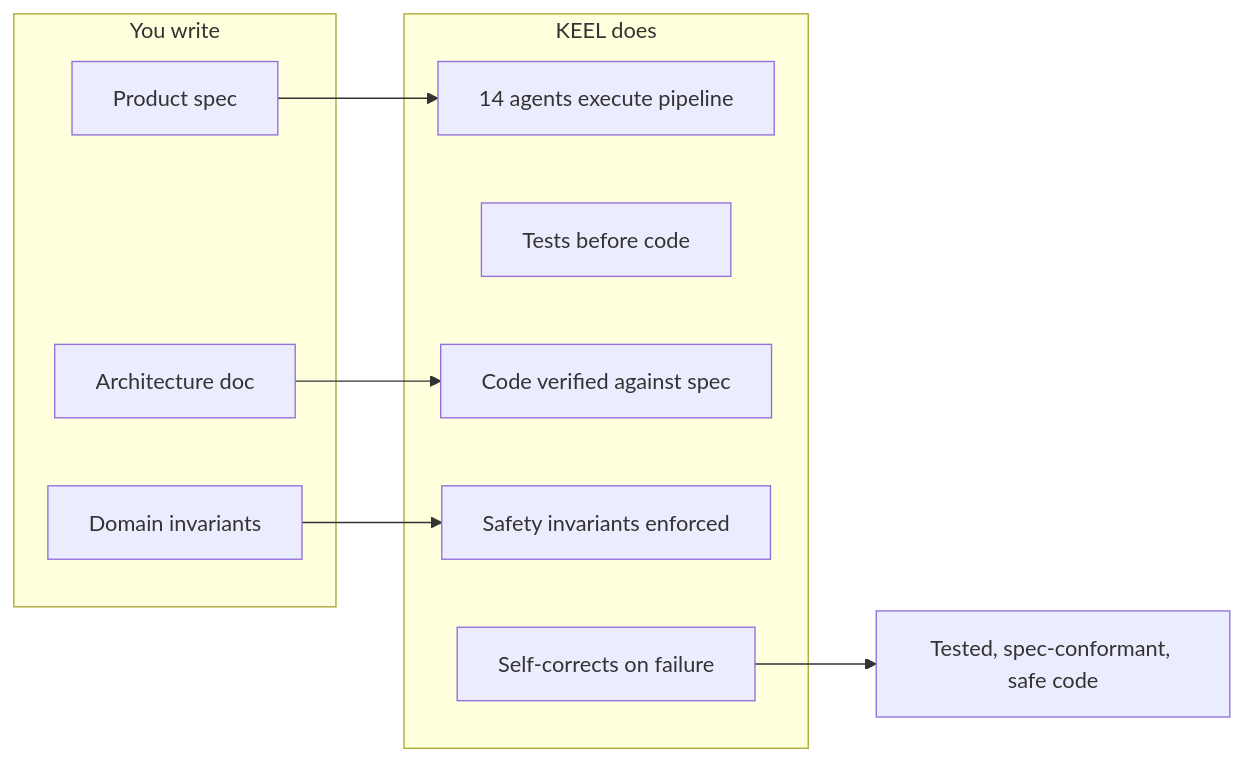
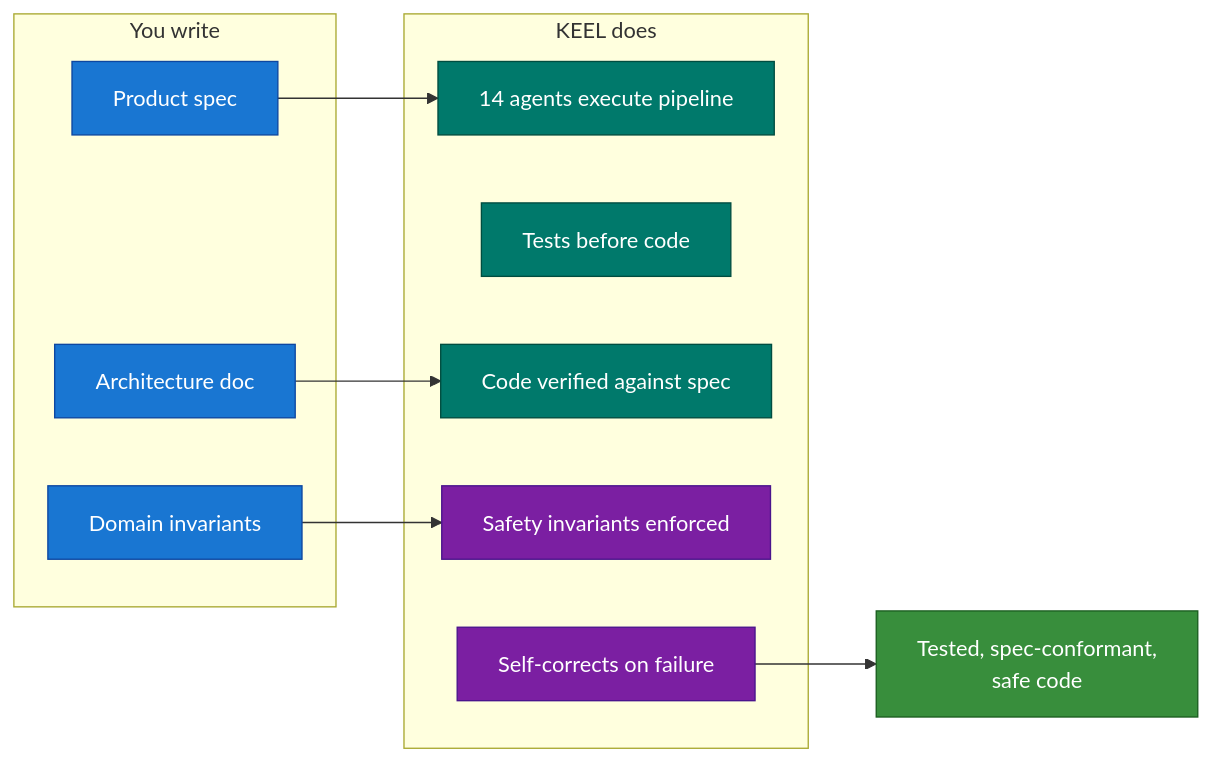
One commit to TejGandham/keel changed the second of 2 diagrams in README.md. Above: the diagram before and after it, drawn with Mermaid. The commit also changed other lines of this file and 2 other files, not shown here.

Commit message:
docs: consistent saturated color palette across all Mermaid diagrams
Replaced washed-out pastel Bootstrap colors with a consistent,
saturated palette that reads well on GitHub light and dark themes:

- Input/spec: deep blue (#1976D2)
- Routing agents: indigo (#303F9F)
- Building agents: teal (#00796B)
- Gate agents: deep purple (#7B1FA2)
- Success/landed: strong green (#388E3C)
- Failure/escalate: strong red (#D32F2F)
- Warning/retry: amber (#F57F17)
- Neutral/bootstrap: blue-grey (#546E7A)

All 8 diagrams across 3 files now use the same color system.
White text on dark fills for readability.

````diff
--- a/README.md
+++ b/README.md
@@ -24,19 +24,29 @@
 ```mermaid
 graph LR
-    subgraph You write
+    subgraph input [You write]
         Spec[Product spec]
         Inv[Domain invariants]
         Arch[Architecture doc]
     end
-    subgraph KEEL does
+    subgraph pipeline [KEEL does]
         P1[14 agents execute pipeline]
         P2[Tests before code]
         P3[Code verified against spec]
         P4[Safety invariants enforced]
         P5[Self-corrects on failure]
     end
     Spec --> P1
     Inv --> P4
     Arch --> P3
-    P5 --> Out[Tested, spec-conformant, safe code]
+    P5 --> Out[Tested, spec-conformant,<br/>safe code]
+
+    style Spec fill:#1976D2,stroke:#0D47A1,color:#fff
+    style Inv fill:#1976D2,stroke:#0D47A1,color:#fff
+    style Arch fill:#1976D2,stroke:#0D47A1,color:#fff
+    style P1 fill:#00796B,stroke:#004D40,color:#fff
+    style P2 fill:#00796B,stroke:#004D40,color:#fff
+    style P3 fill:#00796B,stroke:#004D40,color:#fff
+    style P4 fill:#7B1FA2,stroke:#4A148C,color:#fff
+    style P5 fill:#7B1FA2,stroke:#4A148C,color:#fff
+    style Out fill:#388E3C,stroke:#1B5E20,color:#fff
 ```
````
